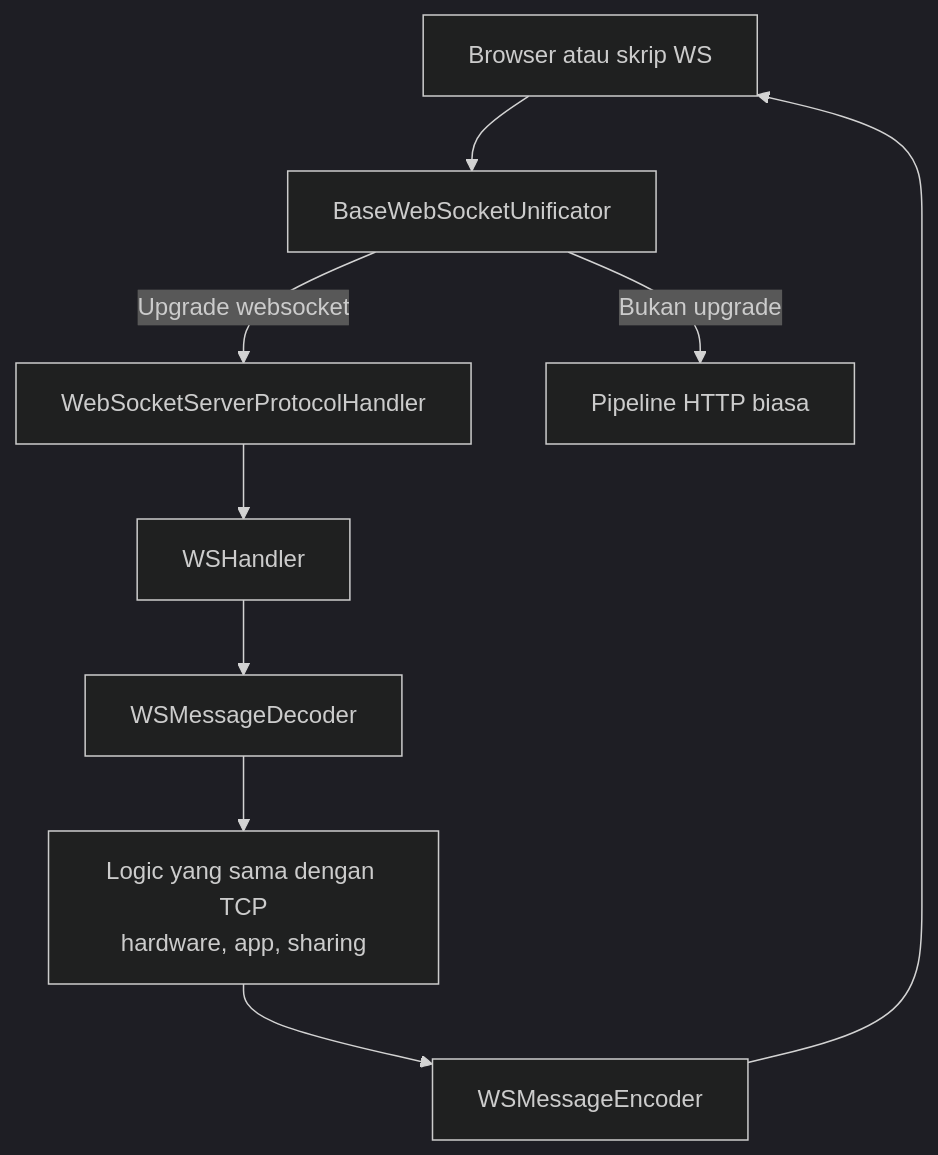
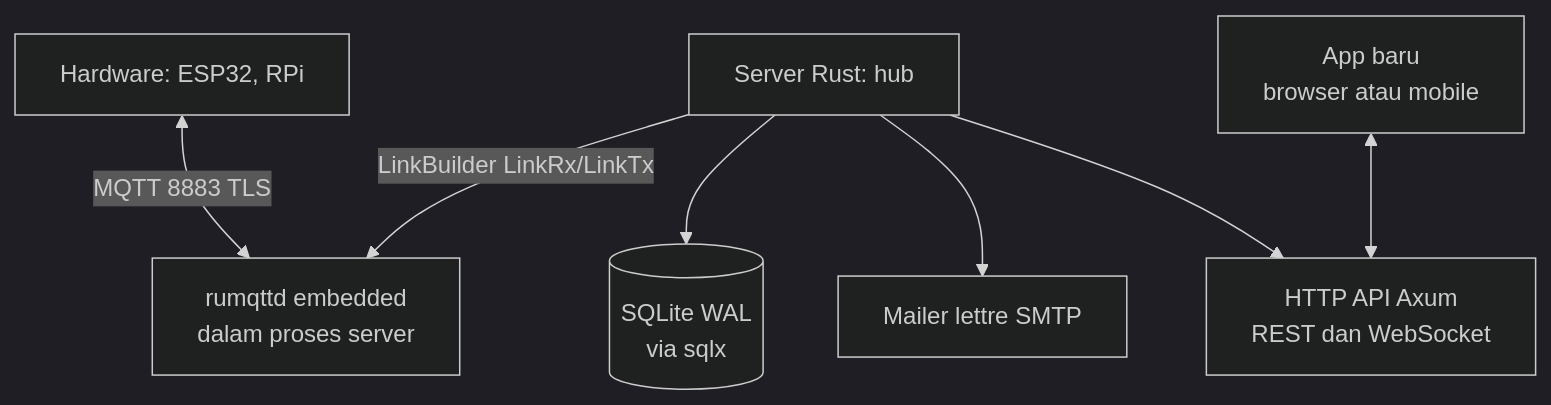
One commit to Andrisetianabrata/volta-IoT changed the diagram in README.md. Above: the diagram before and after it, drawn with Mermaid (dark theme). The commit also changed other lines of this file and 31 other files, not shown here.

````diff
--- a/README.md
+++ b/README.md
@@ -254,11 +9,9 @@
 ```mermaid
 flowchart TD
-    B[Browser atau skrip WS] --> U[BaseWebSocketUnificator]
-    U -->|Upgrade websocket| WSP[WebSocketServerProtocolHandler]
-    WSP --> WSH[WSHandler]
-    WSH --> WD[WSMessageDecoder]
-    WD --> LOGIC[Logic yang sama dengan TCP<br/>hardware, app, sharing]
-    LOGIC --> WE[WSMessageEncoder]
-    WE --> B
-    U -->|Bukan upgrade| HTTP[Pipeline HTTP biasa]
+    D[Hardware: ESP32, RPi] <-->|MQTT 8883 TLS| B[rumqttd embedded<br/>dalam proses server]
+    S[Server Rust: hub] -->|LinkBuilder LinkRx/LinkTx| B
+    S --> DB[(SQLite WAL<br/>via sqlx)]
+    S --> M[Mailer lettre SMTP]
+    S --> APID[HTTP API Axum<br/>REST dan WebSocket]
+    A[App baru<br/>browser atau mobile] <--> APID
 ```
````
